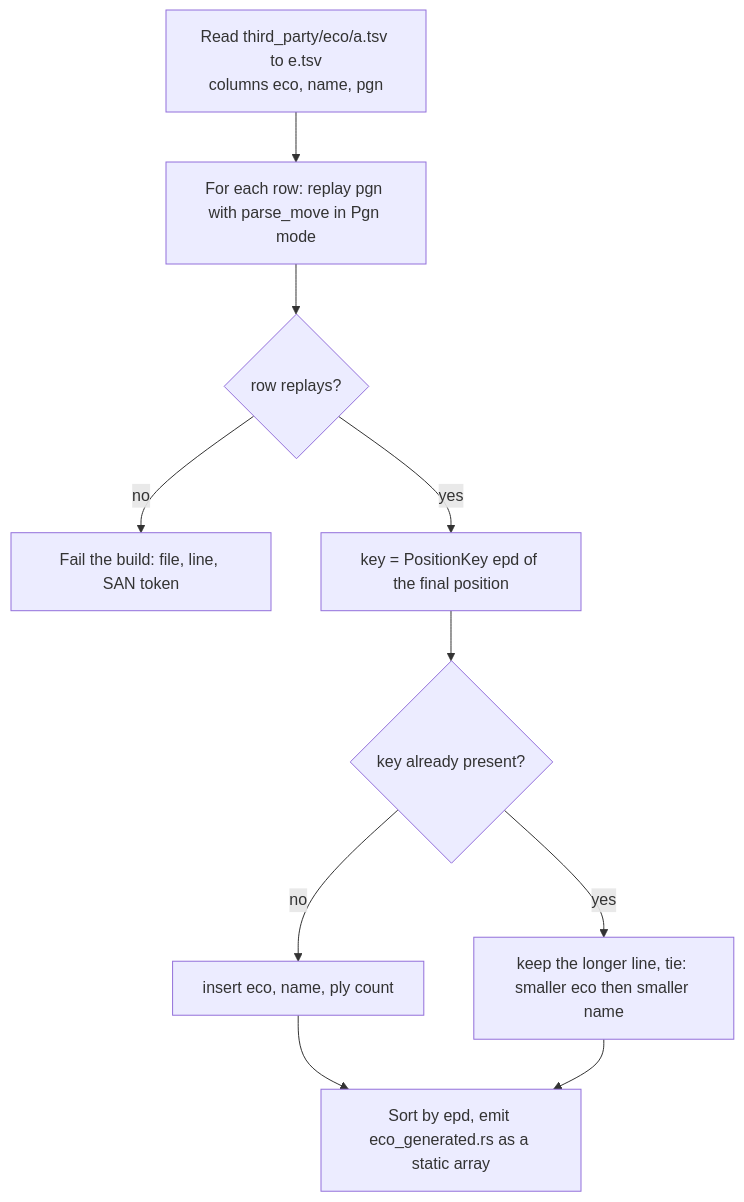
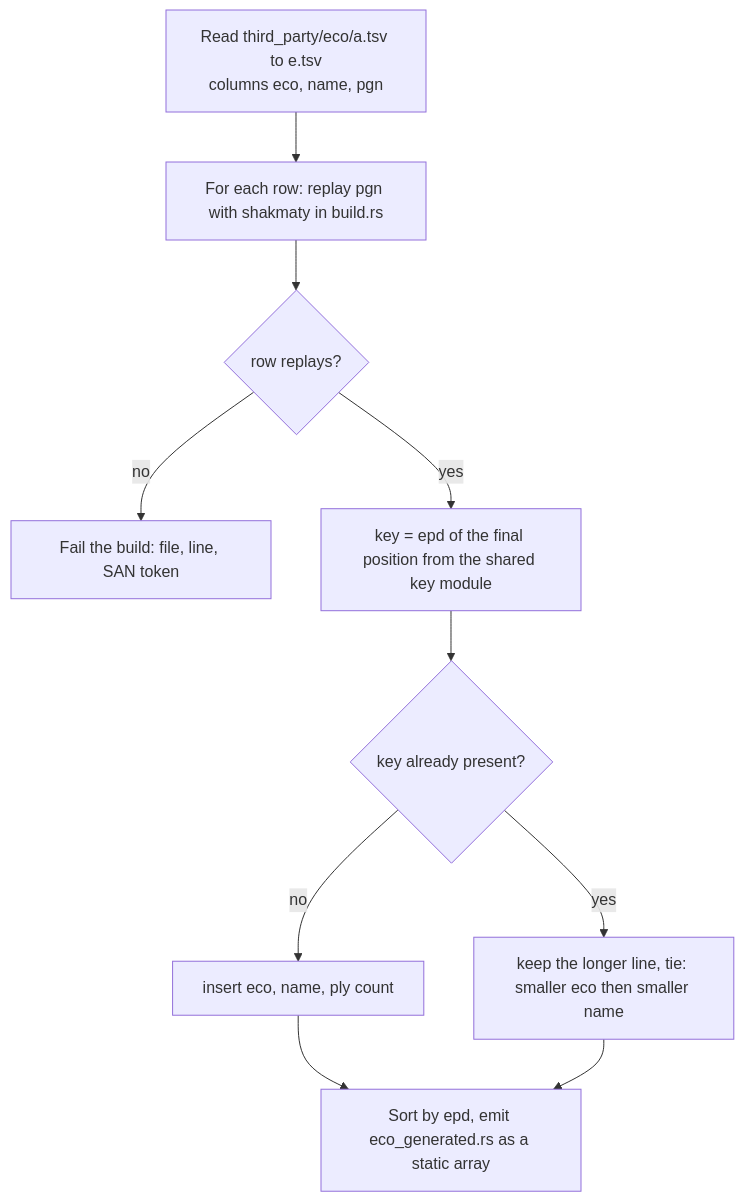
One commit to bprascher/chess changed the seventh of 7 diagrams in docs/design/SDD-chess-rules.md. Above: the diagram before and after it, drawn with Mermaid. The commit also changed other lines of this file and 9 other files, not shown here.

First line of the commit message:
Apply architecture Amendment 8 and addenda B and C, and align the SDDs

````diff
--- a/docs/design/SDD-chess-rules.md
+++ b/docs/design/SDD-chess-rules.md
@@ -581,12 +586,12 @@
 ```mermaid
 flowchart TD
-    a["Read third_party/eco/a.tsv to e.tsv<br/>columns eco, name, pgn"] --> b["For each row: replay pgn with parse_move in Pgn mode"]
+    a["Read third_party/eco/a.tsv to e.tsv<br/>columns eco, name, pgn"] --> b["For each row: replay pgn with shakmaty in build.rs"]
     b --> c{"row replays?"}
     c -- "no" --> fail["Fail the build: file, line, SAN token"]
-    c -- "yes" --> d["key = PositionKey epd of the final position"]
+    c -- "yes" --> d["key = epd of the final position from the shared key module"]
     d --> e{"key already present?"}
     e -- "no" --> f["insert eco, name, ply count"]
     e -- "yes" --> g["keep the longer line, tie: smaller eco then smaller name"]
     f --> h["Sort by epd, emit eco_generated.rs as a static array"]
     g --> h
 ```
````
